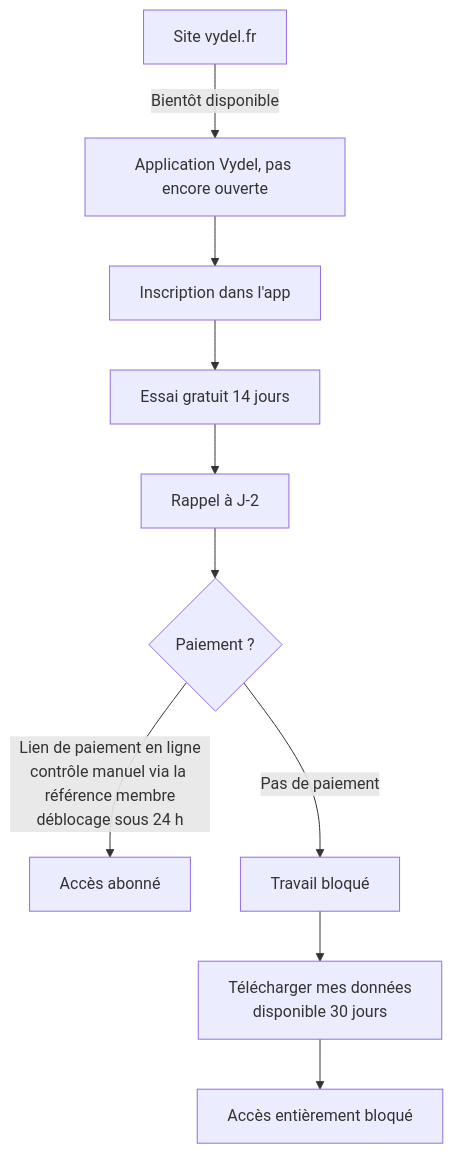
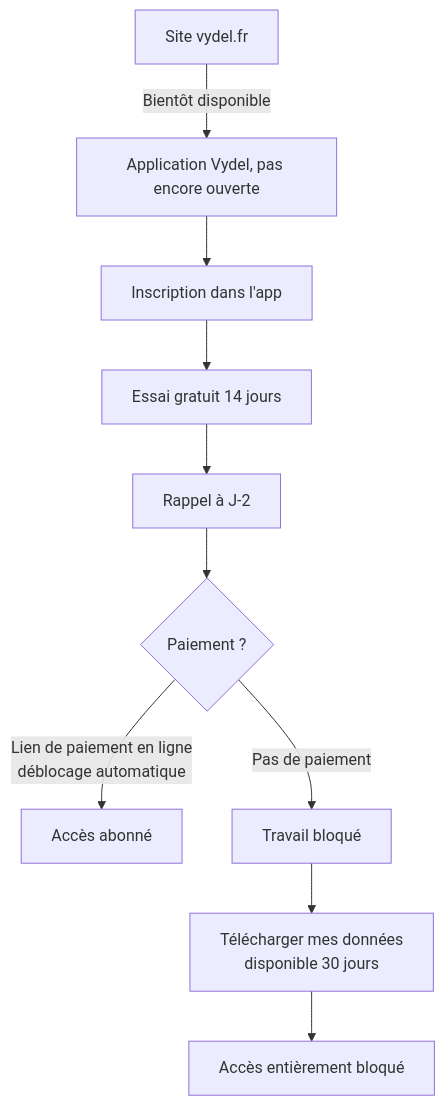
The diagram in README.md (MARIONGOMEZ/vydel-site), drawn with Mermaid before and after one commit. The commit also changed other lines of this file and 3 other files, not shown here.

Commit message:
Déblocage automatique après le paiement : accueil (offre + FAQ), inscription (texte + descriptions), cgu.html, README (à publier avec l’appli essai-final)

````diff
--- a/README.md
+++ b/README.md
@@ -58,12 +57,12 @@
 ```mermaid
 flowchart TD
   A[Site vydel.fr] -->|Bientôt disponible| B[Application Vydel, pas encore ouverte]
   B --> C[Inscription dans l'app]
   C --> D[Essai gratuit 14 jours]
   D --> E[Rappel à J-2]
   E --> F{Paiement ?}
-  F -->|Lien de paiement en ligne<br/>contrôle manuel via la référence membre<br/>déblocage sous 24 h| G[Accès abonné]
+  F -->|Lien de paiement en ligne<br/>déblocage automatique| G[Accès abonné]
   F -->|Pas de paiement| H[Travail bloqué]
   H --> I[Télécharger mes données<br/>disponible 30 jours]
   I --> J[Accès entièrement bloqué]
 ```
````
